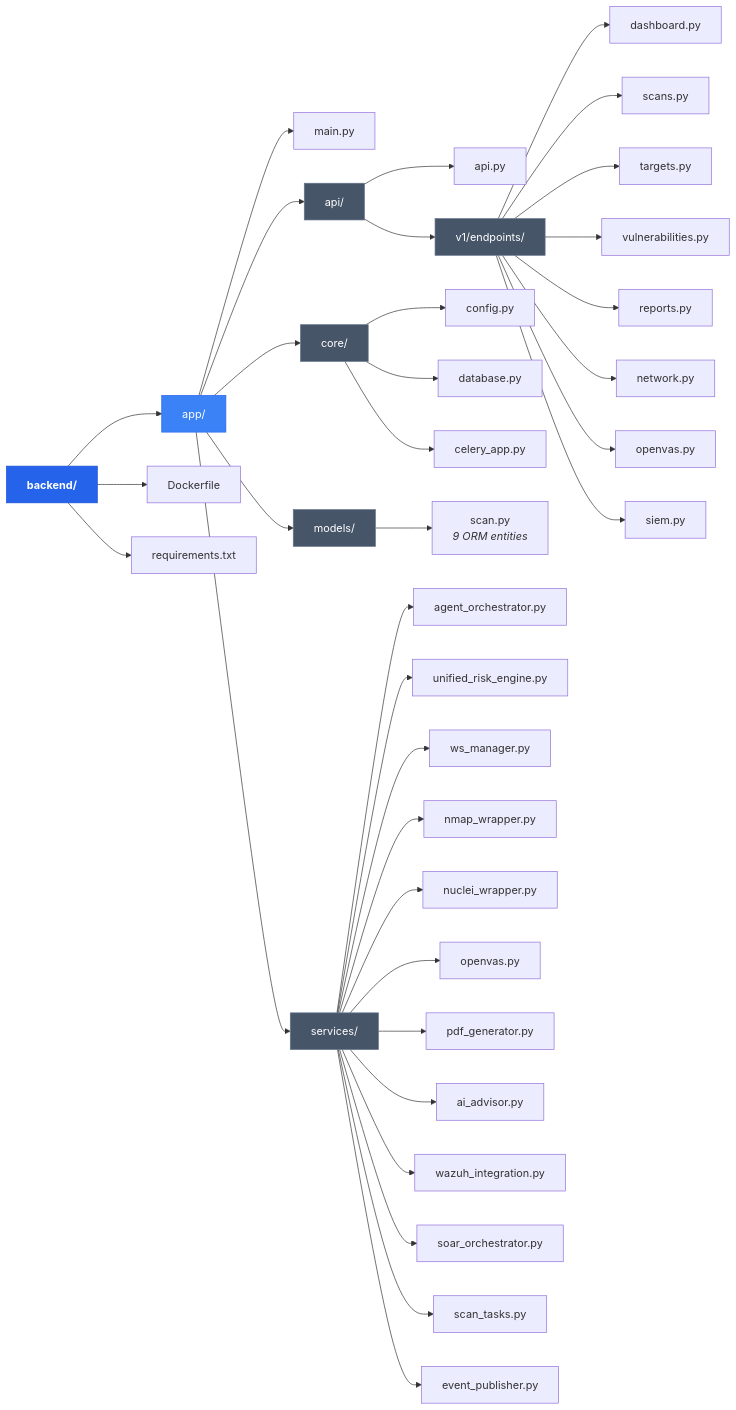
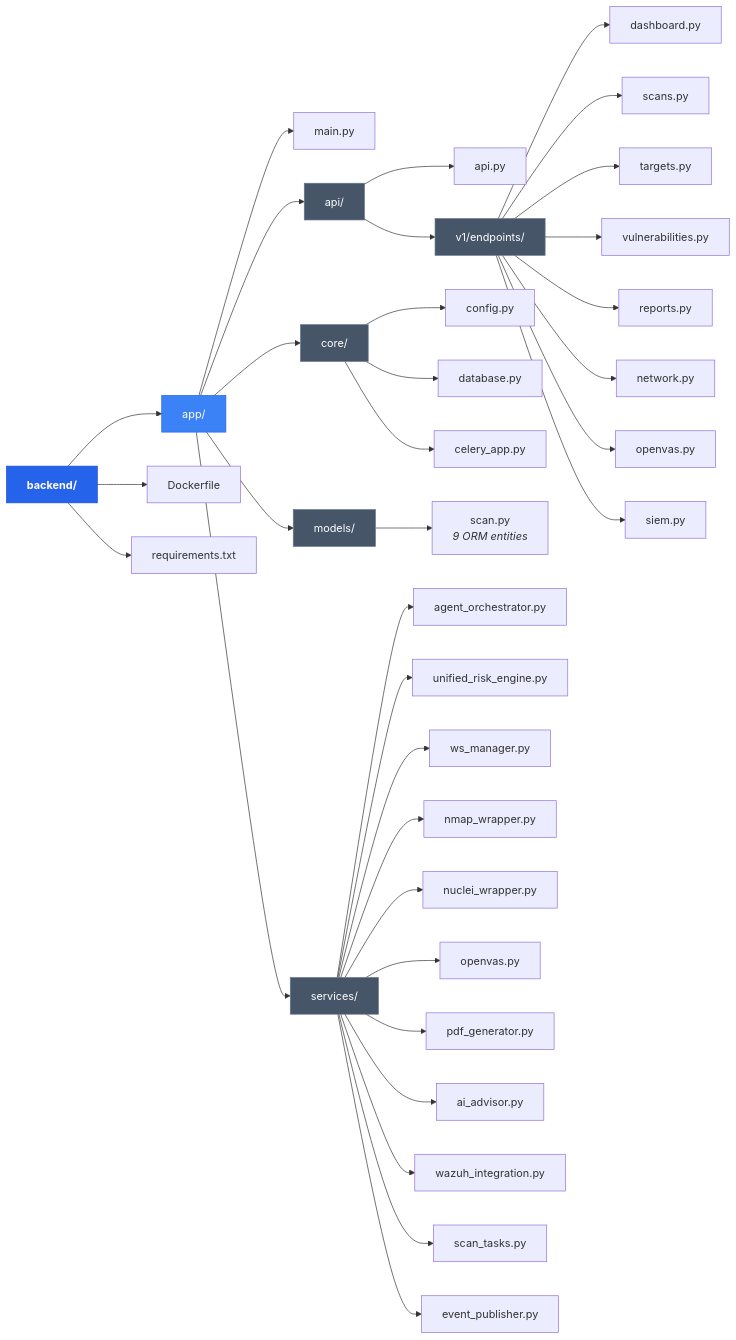
One commit to MazenAlaa305/ORCHESTRATION-SECURITY-CENTER changed diagram 13 of 17 in FYP_Figures.md. Above: the diagram before and after it, drawn with Mermaid. The commit also changed other lines of this file and 4 other files, not shown here.

````diff
--- a/FYP_Figures.md
+++ b/FYP_Figures.md
@@ -766,51 +755,50 @@
 ```mermaid
 flowchart LR
     BE["<b>backend/</b>"] --> APP["app/"]
     BE --> DF["Dockerfile"]
     BE --> REQ["requirements.txt"]
 
     APP --> MAIN["main.py"]
     APP --> API_DIR["api/"]
     APP --> CORE["core/"]
     APP --> MODELS["models/"]
     APP --> SERVICES["services/"]
 
     API_DIR --> API_PY["api.py"]
     API_DIR --> V1["v1/endpoints/"]
 
     V1 --> EP_DASH["dashboard.py"]
     V1 --> EP_SCAN["scans.py"]
     V1 --> EP_TARG["targets.py"]
     V1 --> EP_VULN["vulnerabilities.py"]
     V1 --> EP_REP["reports.py"]
     V1 --> EP_NET["network.py"]
     V1 --> EP_OV["openvas.py"]
     V1 --> EP_SIEM["siem.py"]
 
     CORE --> CFG["config.py"]
     CORE --> DB_CORE["database.py"]
     CORE --> CEL["celery_app.py"]
 
     MODELS --> SCAN_M["scan.py<br/><i>9 ORM entities</i>"]
 
     SERVICES --> AO["agent_orchestrator.py"]
     SERVICES --> URE["unified_risk_engine.py"]
     SERVICES --> WSM["ws_manager.py"]
     SERVICES --> NW["nmap_wrapper.py"]
     SERVICES --> NUC["nuclei_wrapper.py"]
     SERVICES --> OVS["openvas.py"]
     SERVICES --> PDF["pdf_generator.py"]
     SERVICES --> AIA["ai_advisor.py"]
     SERVICES --> WI["wazuh_integration.py"]
-    SERVICES --> SOAR["soar_orchestrator.py"]
     SERVICES --> ST["scan_tasks.py"]
     SERVICES --> EP_PUB["event_publisher.py"]
 
     style BE fill:#2563eb,stroke:#1d4ed8,color:#fff
     style APP fill:#3b82f6,stroke:#2563eb,color:#fff
     style API_DIR fill:#475569,stroke:#64748b,color:#fff
     style V1 fill:#475569,stroke:#64748b,color:#fff
     style CORE fill:#475569,stroke:#64748b,color:#fff
     style MODELS fill:#475569,stroke:#64748b,color:#fff
     style SERVICES fill:#475569,stroke:#64748b,color:#fff
 ```
````
